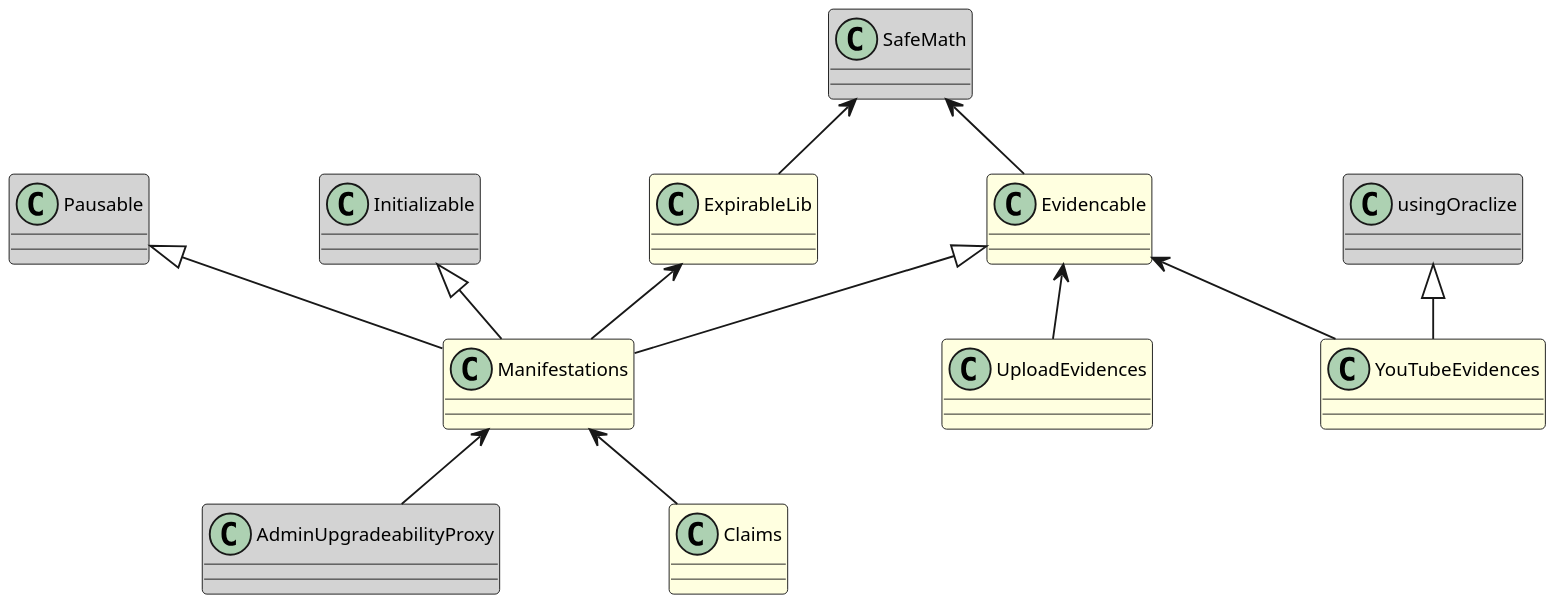
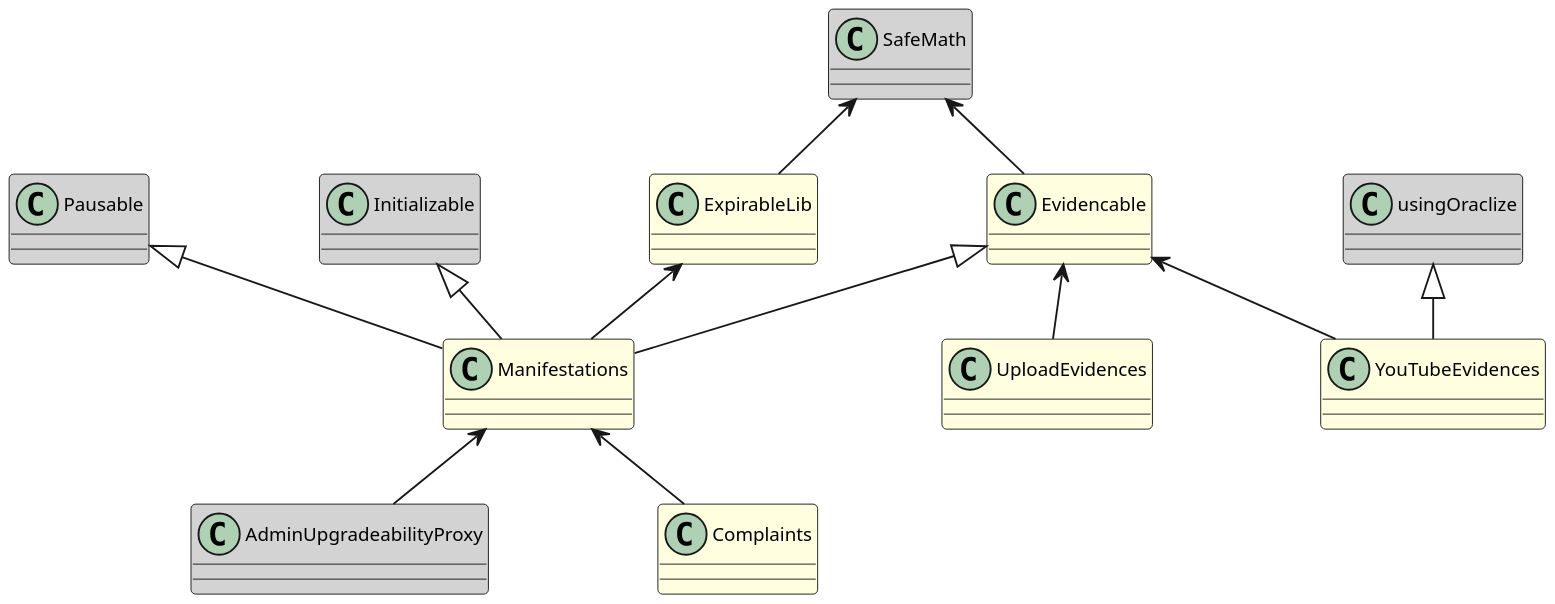
Before and after one commit to AlexisMasseron/copyrightly.io: the diagram in architecture.puml, drawn with PlantUML. The commit also changed 11 other files, not shown here.

Commit message:
Fix wrong Claims, should be Complaints everywhere

```diff
--- a/architecture.puml
+++ b/architecture.puml
@@ -1,47 +1,47 @@
 @startuml
 
 skinparam dpi 200
 skinparam classAttributeFontSize 8
 skinparam classArrowFontSize 9
 skinparam classFontSize 10
 skinparam nodesep 90
 skinparam ranksep 40
 hide stereotype
 skinparam class {
 	BackgroundColor LightYellow
 	BackgroundColor<<Imported>> LightGrey
 }
 
 class Manifestations extends Pausable, Initializable, Evidencable {
 }
 class AdminUpgradeabilityProxy <<Imported>> {
 }
 class Pausable <<Imported>> {
 }
 class Initializable <<Imported>> {
 }
 class Evidencable {
 }
 class ExpirableLib {
 }
-class Claims {
+class Complaints {
 }
 class UploadEvidences {
 }
 class YouTubeEvidences extends usingOraclize {
 }
 class usingOraclize <<Imported>> {
 }
 class SafeMath <<Imported>> {
 }
 
 Manifestations <-- AdminUpgradeabilityProxy
 Manifestations -up-> ExpirableLib
-Manifestations <-- Claims
+Manifestations <-- Complaints
 Evidencable <-- UploadEvidences
 Evidencable <-- YouTubeEvidences
 SafeMath <-- ExpirableLib
 SafeMath <-- Evidencable
 
 
 @enduml
```
